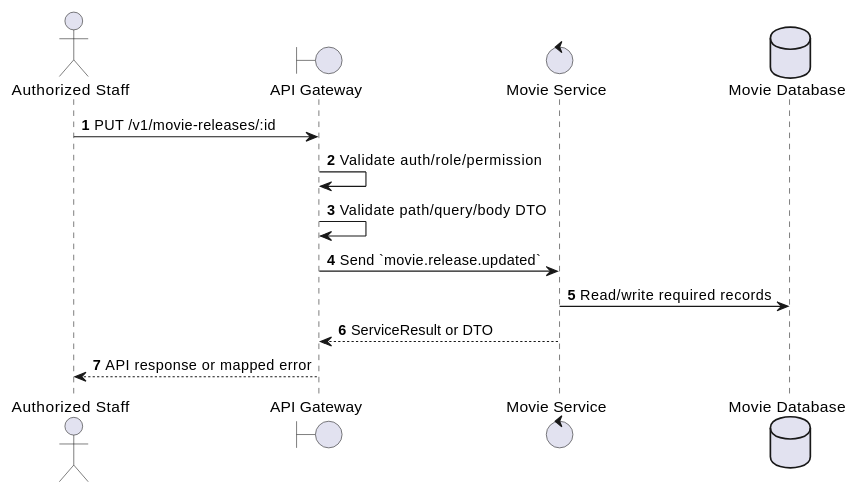
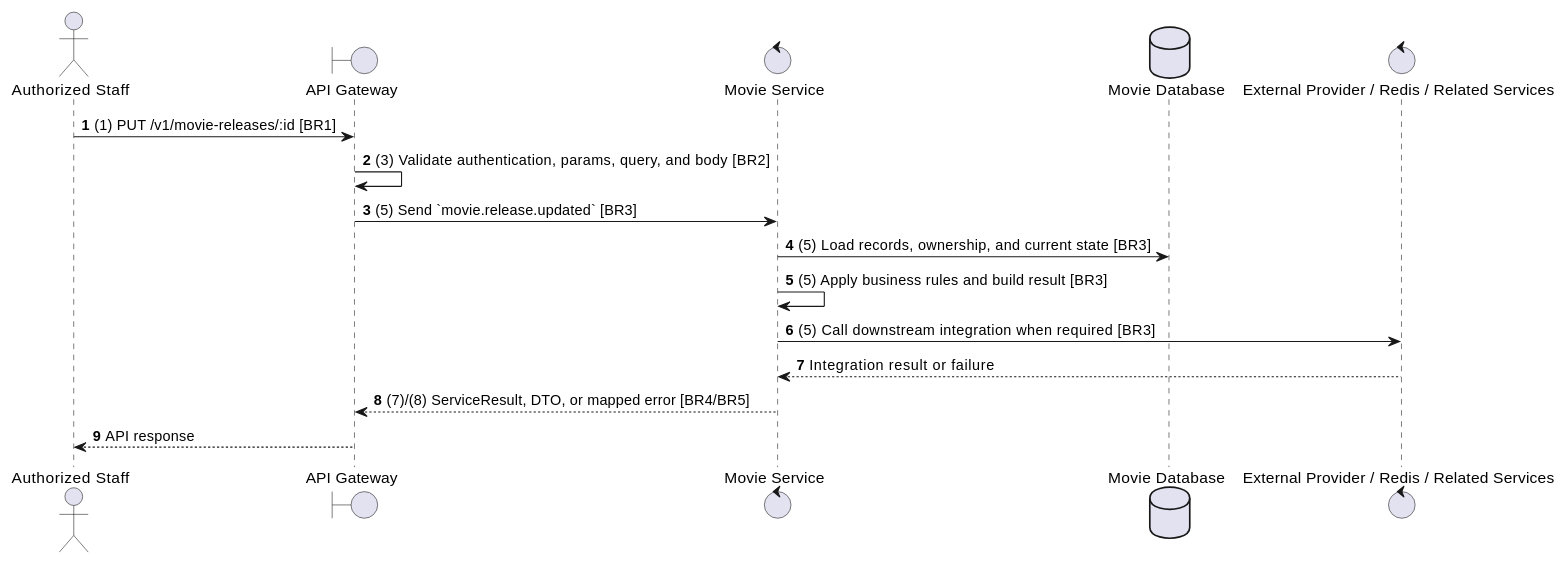
The second of 2 diagrams in docs/functional_specs/3.3.2_Movie_Releases/MR-02_Update_Movie_Release.md (Tanh1603/movie-hub-architecture), drawn with PlantUML before and after one commit. The commit also changed other lines of this file and 129 other files, not shown here.

````diff
--- a/docs/functional_specs/3.3.2_Movie_Releases/MR-02_Update_Movie_Release.md
+++ b/docs/functional_specs/3.3.2_Movie_Releases/MR-02_Update_Movie_Release.md
@@ -17,17 +64,20 @@
 ```plantuml
 @startuml
 autonumber
 actor "Authorized Staff" as Actor
 boundary "API Gateway" as GW
 control "Movie Service" as SVC
 database "Movie Database" as DB
+control "External Provider / Redis / Related Services" as EXT
 
-Actor -> GW: PUT /v1/movie-releases/:id
-GW -> GW: Validate auth/role/permission
-GW -> GW: Validate path/query/body DTO
-GW -> SVC: Send `movie.release.updated`
-SVC -> DB: Read/write required records
-SVC --> GW: ServiceResult or DTO
-GW --> Actor: API response or mapped error
+Actor -> GW: (1) PUT /v1/movie-releases/:id [BR1]
+GW -> GW: (3) Validate authentication, params, query, and body [BR2]
+GW -> SVC: (5) Send `movie.release.updated` [BR3]
+SVC -> DB: (5) Load records, ownership, and current state [BR3]
+SVC -> SVC: (5) Apply business rules and build result [BR3]
+SVC -> EXT: (5) Call downstream integration when required [BR3]
+EXT --> SVC: Integration result or failure
+SVC --> GW: (7)/(8) ServiceResult, DTO, or mapped error [BR4/BR5]
+GW --> Actor: API response
 @enduml
 ```
````
